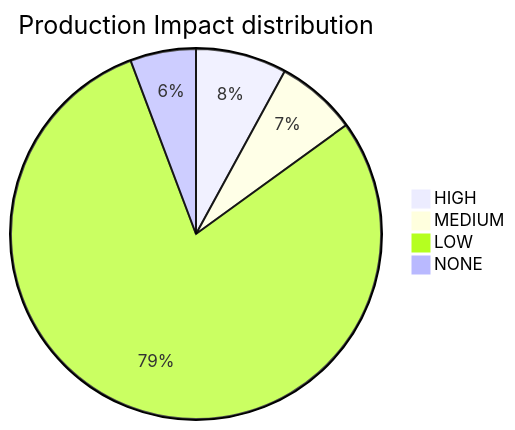
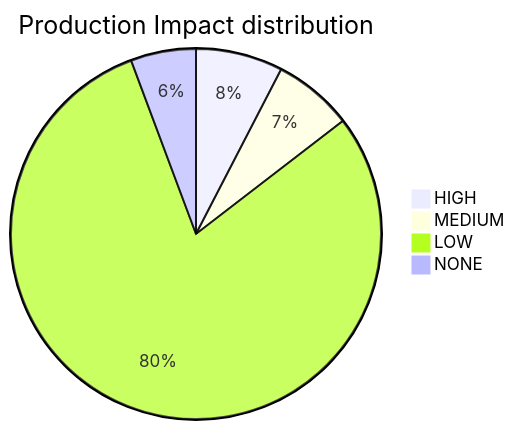
One commit to mikeybeezy/goldenpath-idp-infra changed the diagram in PLATFORM_HEALTH.md. Above: the diagram before and after it, drawn with Mermaid. The commit also changed other lines of this file and 434 other files, not shown here.

````diff
--- a/PLATFORM_HEALTH.md
+++ b/PLATFORM_HEALTH.md
@@ -48,7 +55,7 @@
 ```mermaid
 pie title Production Impact distribution
     "HIGH" : 36
-    "MEDIUM" : 32
-    "LOW" : 359
-    "NONE" : 26
+    "MEDIUM" : 33
+    "LOW" : 378
+    "NONE" : 27
 ```
````
